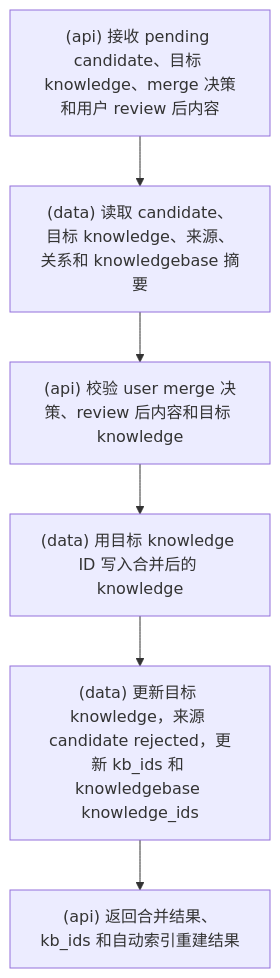
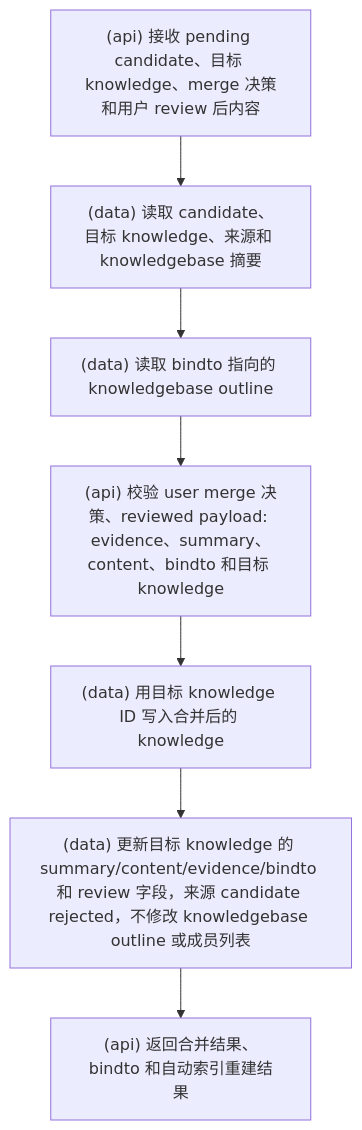
One commit to srangerme/KBManager changed the ninth of 19 diagrams in docs/流程图.md. Above: the diagram before and after it, drawn with Mermaid. The commit also changed other lines of this file and 27 other files, not shown here.

````diff
--- a/docs/流程图.md
+++ b/docs/流程图.md
@@ -107,8 +134,9 @@
 ```mermaid
 flowchart TD
-  A["(api) 接收 pending candidate、目标 knowledge、merge 决策和用户 review 后内容"] --> B["(data) 读取 candidate、目标 knowledge、来源、关系和 knowledgebase 摘要"]
-  B --> C["(api) 校验 user merge 决策、review 后内容和目标 knowledge"]
-  C --> H["(data) 用目标 knowledge ID 写入合并后的 knowledge"]
-  H --> I["(data) 更新目标 knowledge，来源 candidate rejected，更新 kb_ids 和 knowledgebase knowledge_ids"]
-  I --> J["(api) 返回合并结果、kb_ids 和自动索引重建结果"]
+  A["(api) 接收 pending candidate、目标 knowledge、merge 决策和用户 review 后内容"] --> B["(data) 读取 candidate、目标 knowledge、来源和 knowledgebase 摘要"]
+  B --> C["(data) 读取 bindto 指向的 knowledgebase outline"]
+  C --> D["(api) 校验 user merge 决策、reviewed payload: evidence、summary、content、bindto 和目标 knowledge"]
+  D --> H["(data) 用目标 knowledge ID 写入合并后的 knowledge"]
+  H --> I["(data) 更新目标 knowledge 的 summary/content/evidence/bindto 和 review 字段，来源 candidate rejected，不修改 knowledgebase outline 或成员列表"]
+  I --> J["(api) 返回合并结果、bindto 和自动索引重建结果"]
 ```
````
